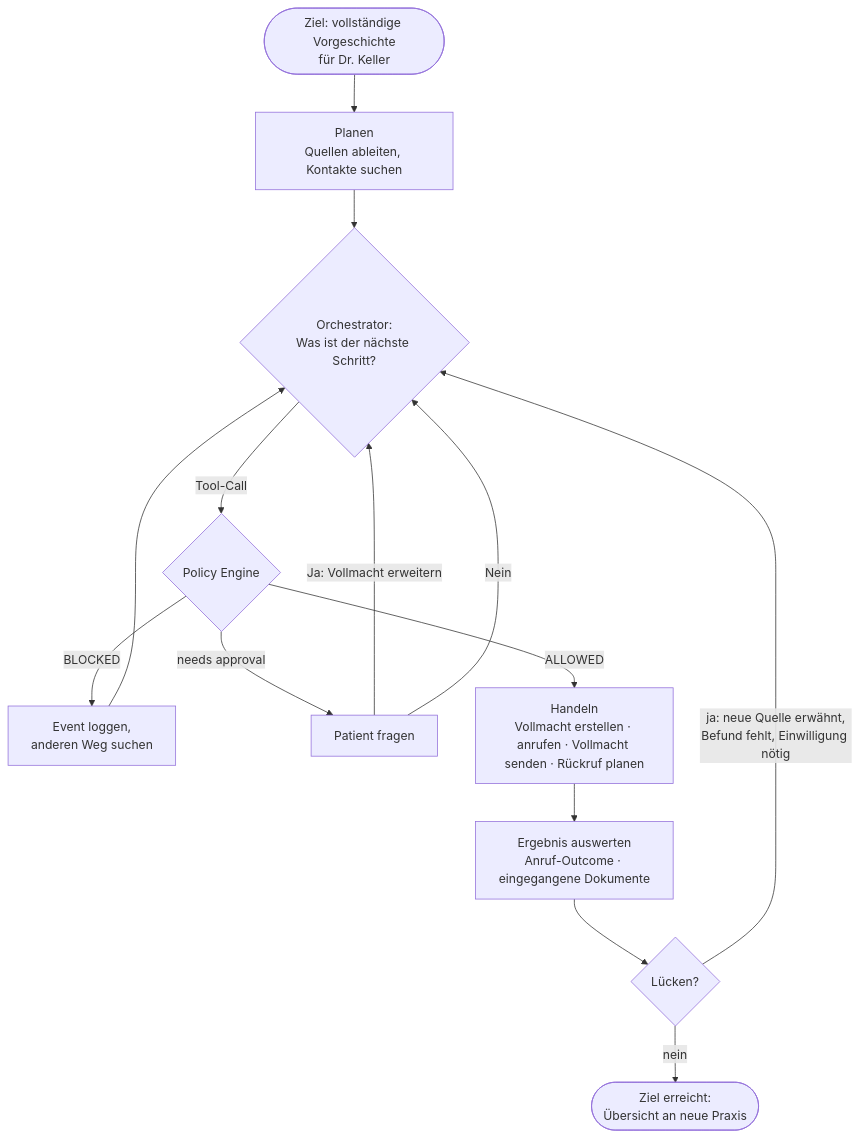
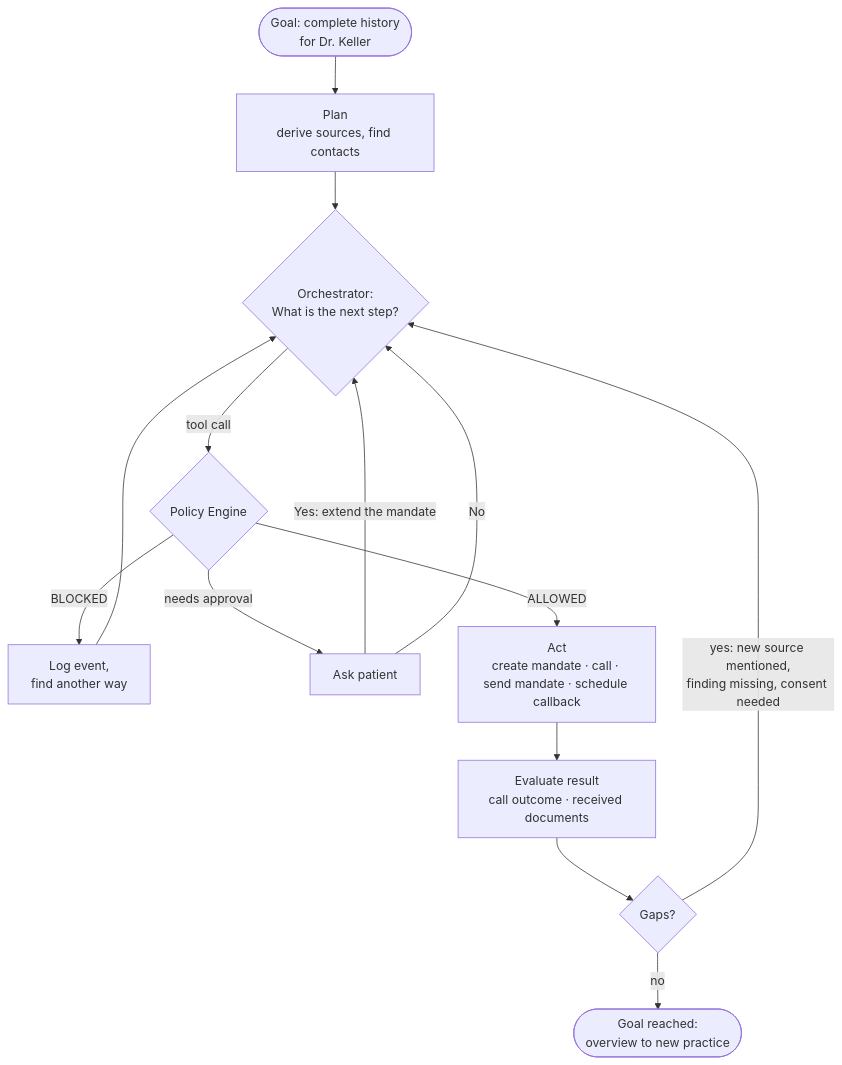
Before and after one commit to SuterGabriel/stafette: the second of 7 diagrams in docs/ARCHITECTURE.md, drawn with Mermaid. The commit also changed other lines of this file and 16 other files, not shown here.

First line of the commit message:
Docs: translate READMEs, docs and diagrams to English

````diff
--- a/docs/ARCHITECTURE.md
+++ b/docs/ARCHITECTURE.md
@@ -62,17 +62,17 @@
 ```mermaid
 flowchart TD
-    GOAL([Ziel: vollständige Vorgeschichte<br/>für Dr. Keller]) --> PLAN
-    PLAN[Planen<br/>Quellen ableiten, Kontakte suchen] --> NEXT
-    NEXT{Orchestrator:<br/>Was ist der nächste Schritt?}
-    NEXT -->|Tool-Call| PE{Policy Engine}
-    PE -->|BLOCKED| LOG[Event loggen,<br/>anderen Weg suchen]
-    PE -->|needs approval| ASK[Patient fragen]
-    PE -->|ALLOWED| ACT[Handeln<br/>Vollmacht erstellen · anrufen · Vollmacht senden · Rückruf planen]
-    ASK -->|Ja: Vollmacht erweitern| NEXT
-    ASK -->|Nein| NEXT
+    GOAL(["Goal: complete history<br/>for Dr. Keller"]) --> PLAN
+    PLAN["Plan<br/>derive sources, find contacts"] --> NEXT
+    NEXT{"Orchestrator:<br/>What is the next step?"}
+    NEXT -->|tool call| PE{Policy Engine}
+    PE -->|BLOCKED| LOG["Log event,<br/>find another way"]
+    PE -->|needs approval| ASK[Ask patient]
+    PE -->|ALLOWED| ACT["Act<br/>create mandate · call · send mandate · schedule callback"]
+    ASK -->|"Yes: extend the mandate"| NEXT
+    ASK -->|No| NEXT
     LOG --> NEXT
-    ACT --> OBS[Ergebnis auswerten<br/>Anruf-Outcome · eingegangene Dokumente]
-    OBS --> GAPS{Lücken?}
-    GAPS -->|ja: neue Quelle erwähnt,<br/>Befund fehlt, Einwilligung nötig| NEXT
-    GAPS -->|nein| DONE([Ziel erreicht:<br/>Übersicht an neue Praxis])
+    ACT --> OBS["Evaluate result<br/>call outcome · received documents"]
+    OBS --> GAPS{Gaps?}
+    GAPS -->|"yes: new source mentioned,<br/>finding missing, consent needed"| NEXT
+    GAPS -->|no| DONE(["Goal reached:<br/>overview to new practice"])
 ```
````
